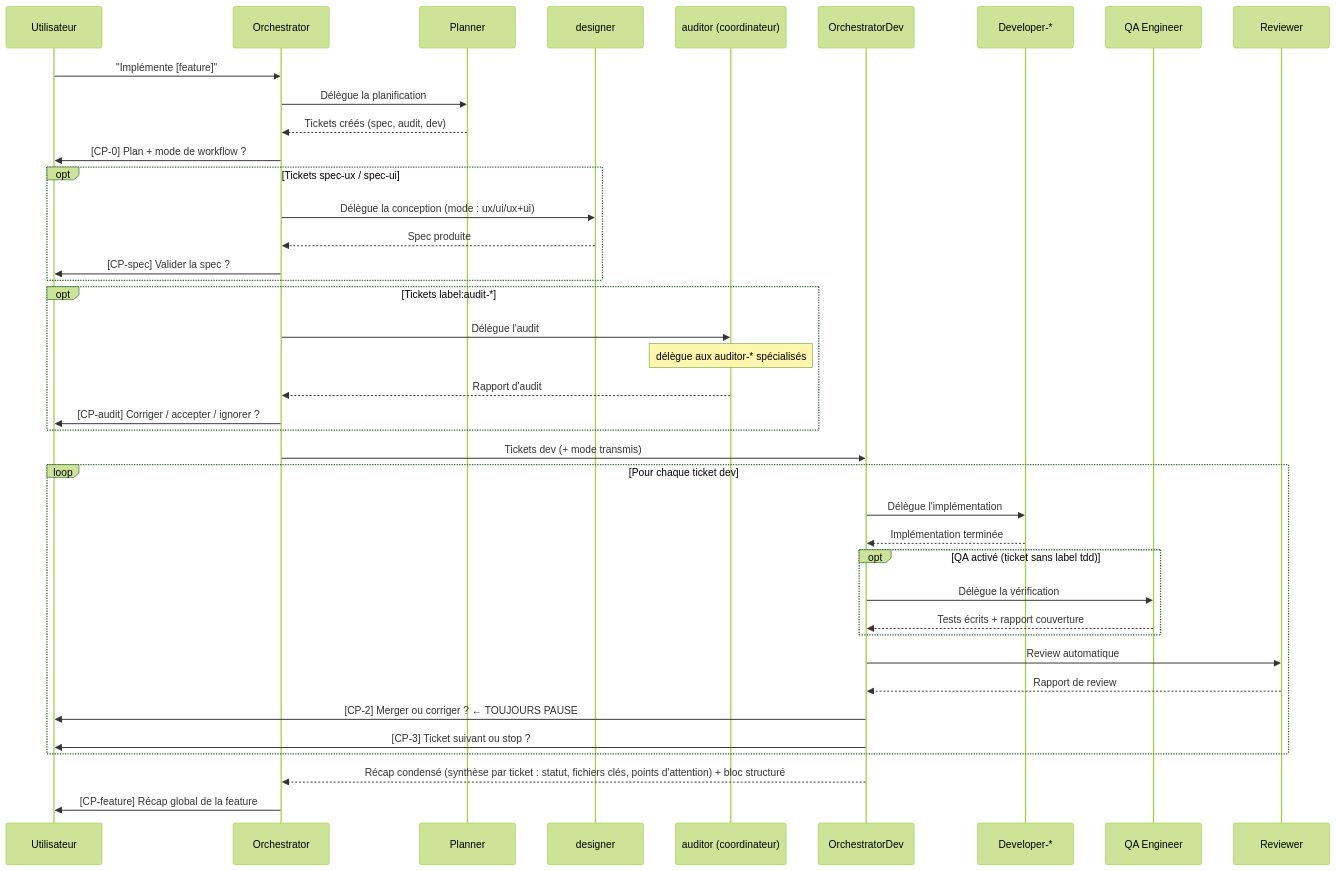
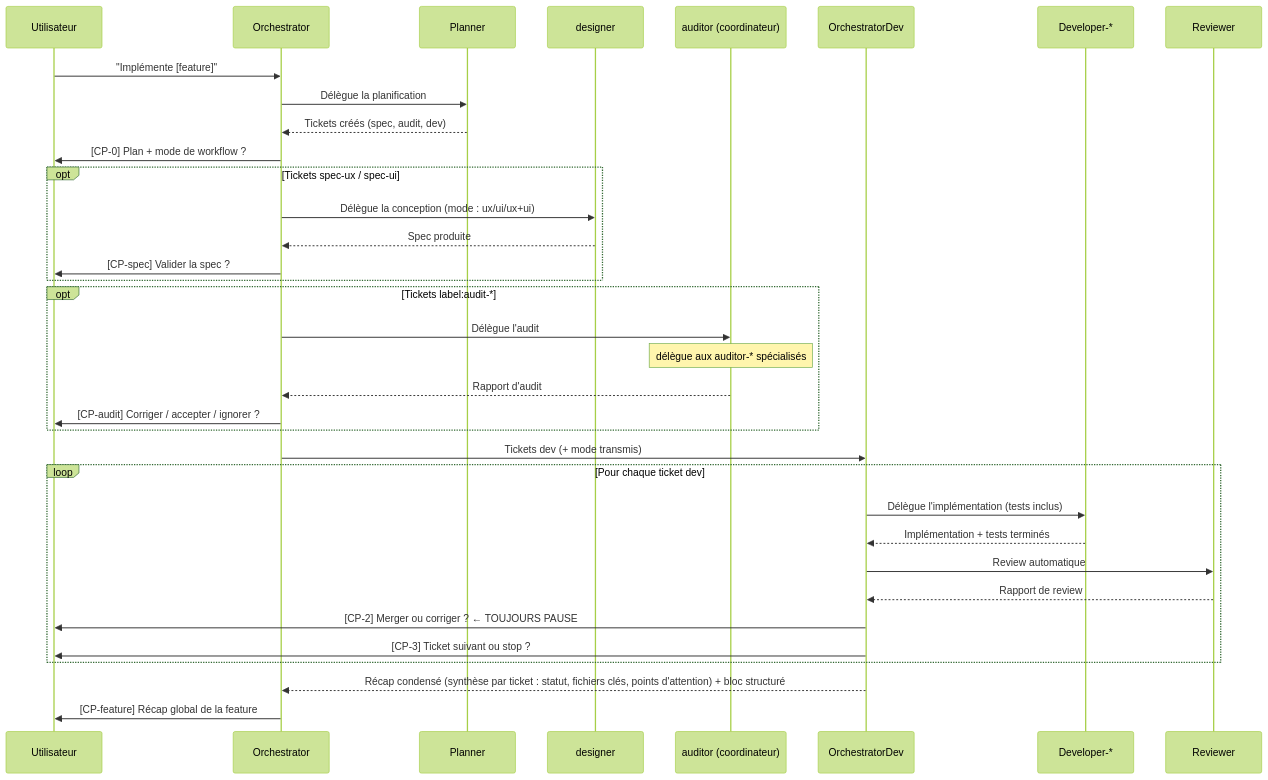
Before and after one commit to datichb/openhub: the second of 3 diagrams in docs/architecture/overview.fr.md, drawn with Mermaid (forest theme). The commit also changed other lines of this file and 60 other files, not shown here.

````diff
--- a/docs/architecture/overview.fr.md
+++ b/docs/architecture/overview.fr.md
@@ -93,47 +93,42 @@
 ```mermaid
 sequenceDiagram
     participant U as Utilisateur
     participant O as Orchestrator
     participant PL as Planner
     participant DS as designer
     participant AU as auditor (coordinateur)
     participant OD as OrchestratorDev
     participant DEV as Developer-*
-    participant QA as QA Engineer
     participant R as Reviewer
 
     U->>O: "Implémente [feature]"
     O->>PL: Délègue la planification
     PL-->>O: Tickets créés (spec, audit, dev)
     O->>U: [CP-0] Plan + mode de workflow ?
 
     opt Tickets spec-ux / spec-ui
         O->>DS: Délègue la conception (mode : ux/ui/ux+ui)
         DS-->>O: Spec produite
         O->>U: [CP-spec] Valider la spec ?
     end
 
     opt Tickets label:audit-*
         O->>AU: Délègue l'audit
         Note over AU: délègue aux auditor-* spécialisés
         AU-->>O: Rapport d'audit
         O->>U: [CP-audit] Corriger / accepter / ignorer ?
     end
 
     O->>OD: Tickets dev (+ mode transmis)
     loop Pour chaque ticket dev
-        OD->>DEV: Délègue l'implémentation
-        DEV-->>OD: Implémentation terminée
-        opt QA activé (ticket sans label tdd)
-            OD->>QA: Délègue la vérification
-            QA-->>OD: Tests écrits + rapport couverture
-        end
+        OD->>DEV: Délègue l'implémentation (tests inclus)
+        DEV-->>OD: Implémentation + tests terminés
         OD->>R: Review automatique
         R-->>OD: Rapport de review
         OD->>U: [CP-2] Merger ou corriger ? ← TOUJOURS PAUSE
         OD->>U: [CP-3] Ticket suivant ou stop ?
     end
     OD-->>O: Récap condensé (synthèse par ticket : statut, fichiers clés, points d'attention) + bloc structuré
 
     O->>U: [CP-feature] Récap global de la feature
 ```
````
